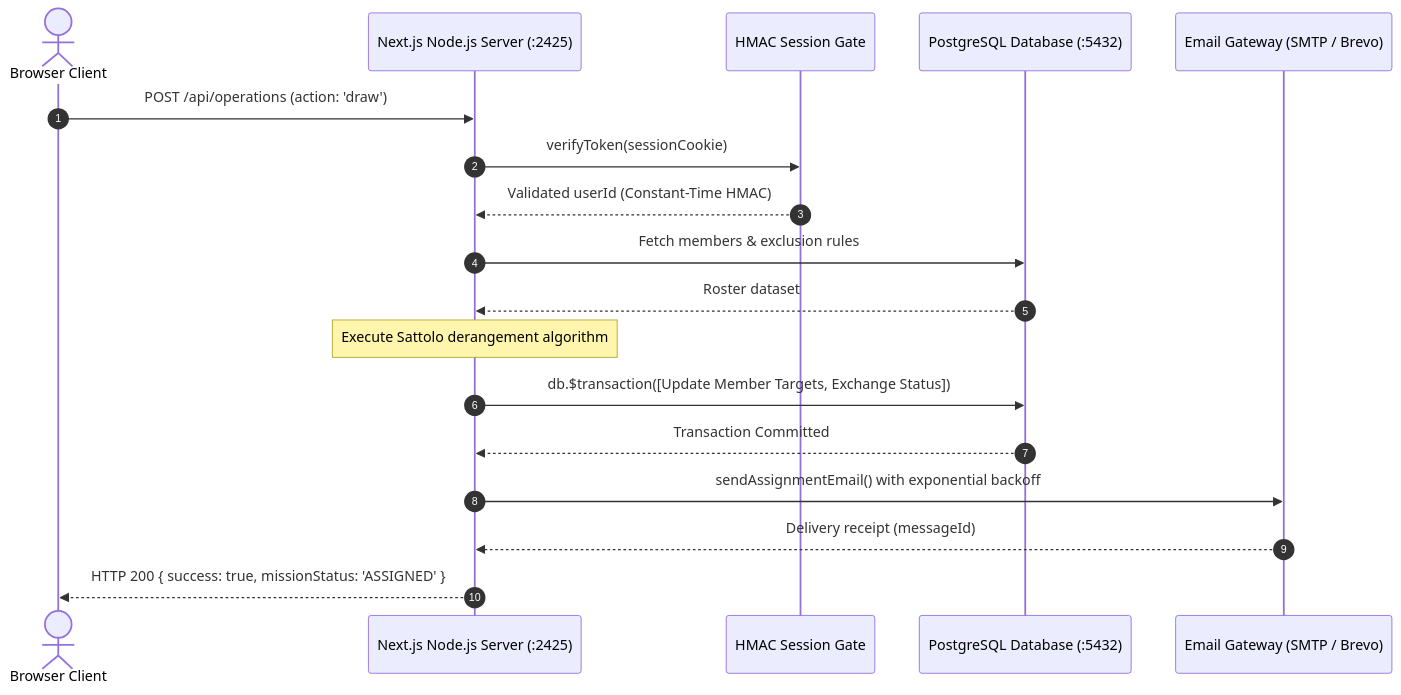
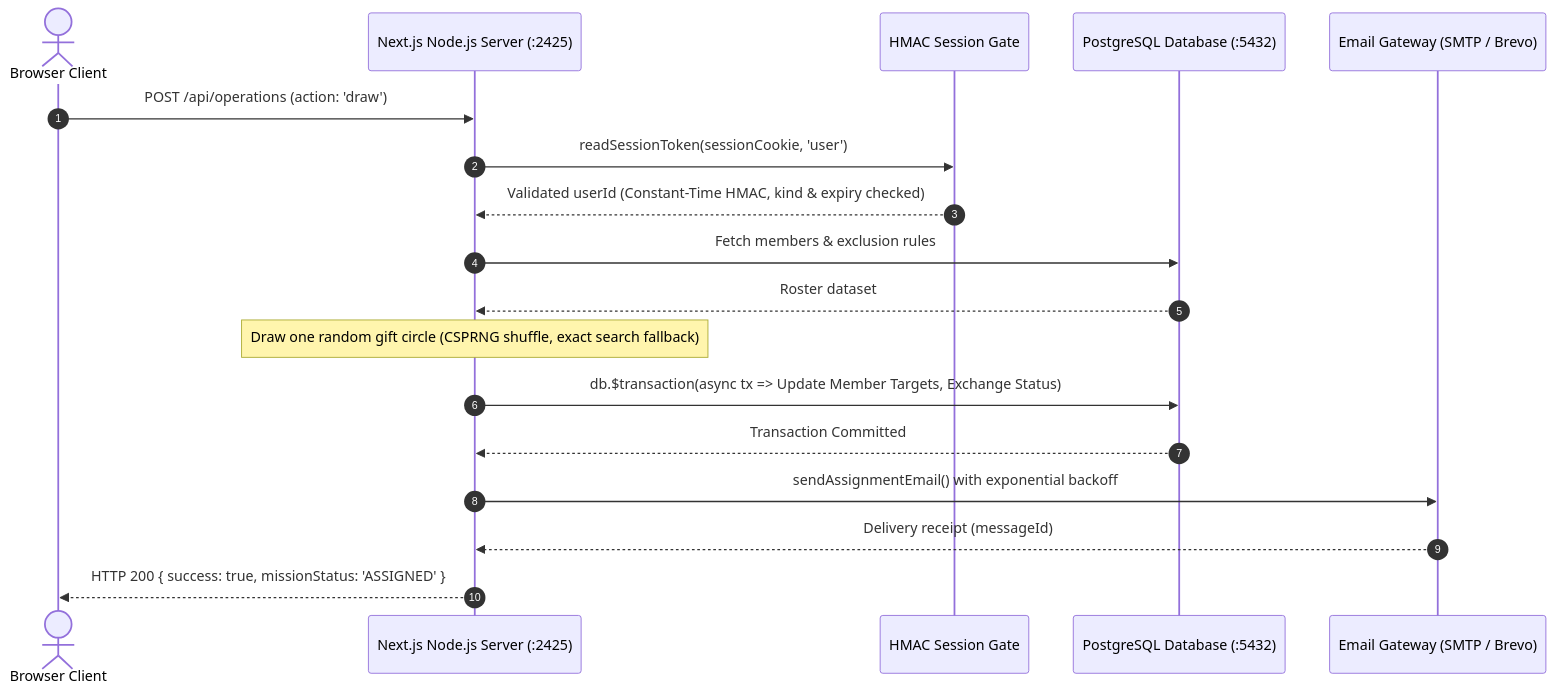
One commit to MrJSimpson/KovertKlaus changed the second of 3 diagrams in docs/ARCHITECTURE.md. Above: the diagram before and after it, drawn with Mermaid. The commit also changed other lines of this file and 7 other files, not shown here.

````diff
--- a/docs/ARCHITECTURE.md
+++ b/docs/ARCHITECTURE.md
@@ -58,21 +58,21 @@
 ```mermaid
 sequenceDiagram
     autonumber
     actor Operative as Browser Client
     participant App as Next.js Node.js Server (:2425)
     participant Auth as HMAC Session Gate
     participant DB as PostgreSQL Database (:5432)
     participant Email as Email Gateway (SMTP / Brevo)
 
     Operative->>App: POST /api/operations (action: 'draw')
-    App->>Auth: verifyToken(sessionCookie)
-    Auth-->>App: Validated userId (Constant-Time HMAC)
+    App->>Auth: readSessionToken(sessionCookie, 'user')
+    Auth-->>App: Validated userId (Constant-Time HMAC, kind & expiry checked)
     App->>DB: Fetch members & exclusion rules
     DB-->>App: Roster dataset
-    Note over App: Execute Sattolo derangement algorithm
-    App->>DB: db.$transaction([Update Member Targets, Exchange Status])
+    Note over App: Draw one random gift circle (CSPRNG shuffle, exact search fallback)
+    App->>DB: db.$transaction(async tx => Update Member Targets, Exchange Status)
     DB-->>App: Transaction Committed
     App->>Email: sendAssignmentEmail() with exponential backoff
     Email-->>App: Delivery receipt (messageId)
     App-->>Operative: HTTP 200 { success: true, missionStatus: 'ASSIGNED' }
 ```
````
